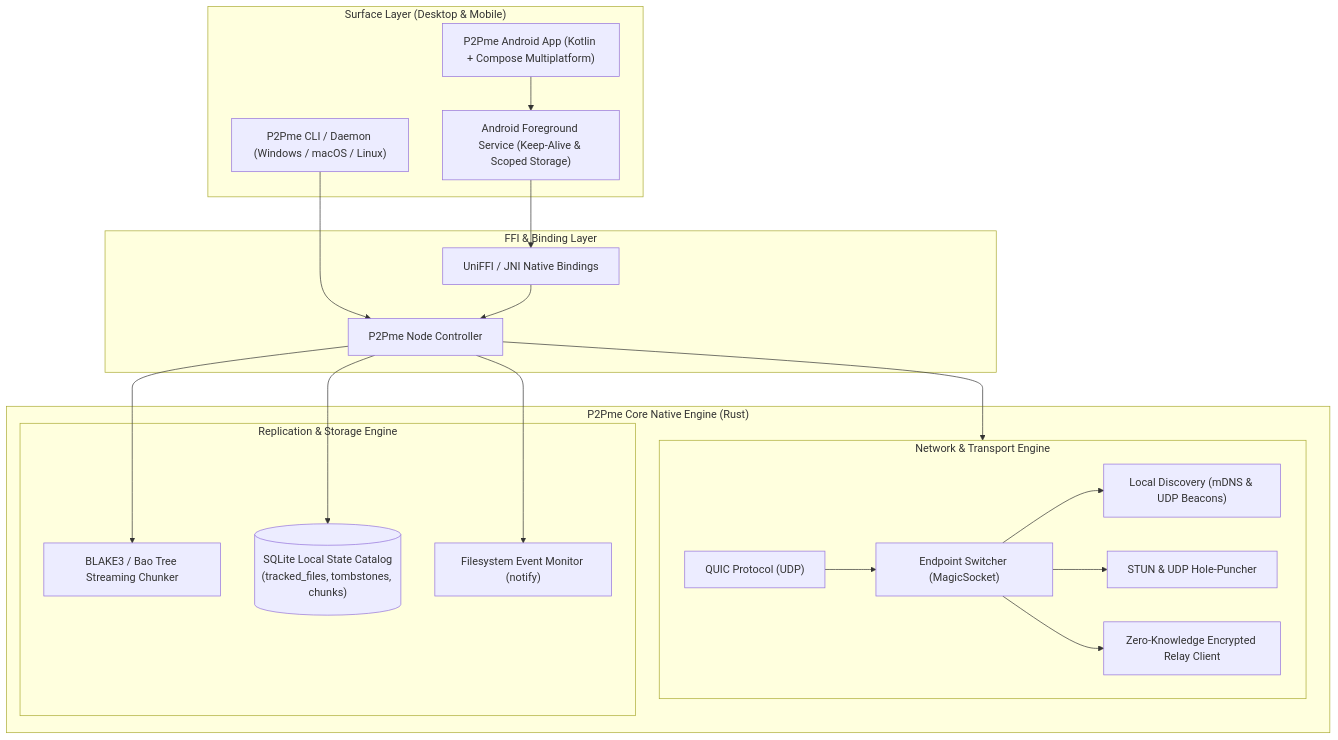
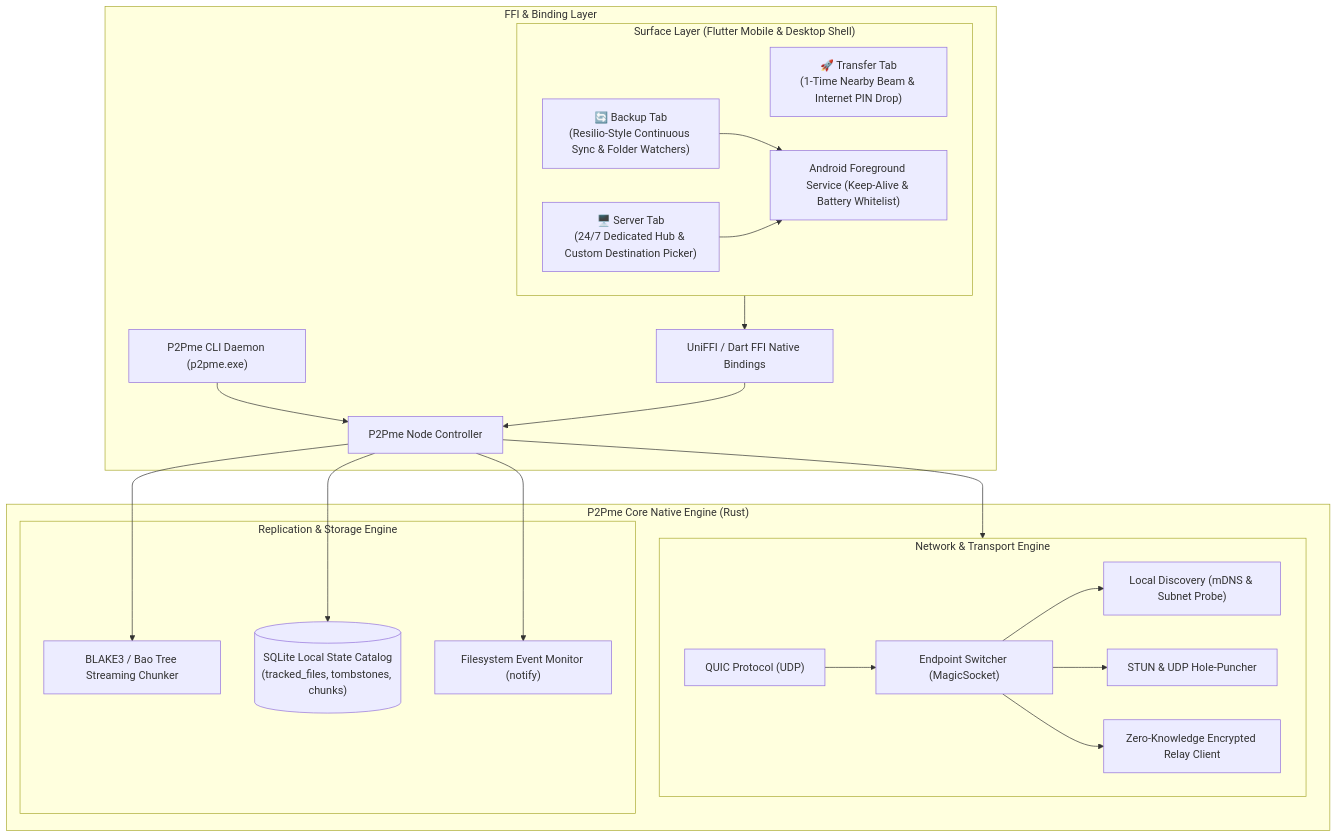
Before and after one commit to MizopaRalte/p2pme: the first of 2 diagrams in ARCHITECTURE.md, drawn with Mermaid. The commit also changed 7 other files, not shown here.

Commit message:
feat: Streamline UI into 3 tabs (Transfer, Backup, Server), add folder removal dialog and receiver destination picker

````diff
--- a/ARCHITECTURE.md
+++ b/ARCHITECTURE.md
@@ -11,45 +11,48 @@
 ```mermaid
 flowchart TD
-    subgraph UI_Layer ["Surface Layer (Desktop & Mobile)"]
-        CLI["P2Pme CLI / Daemon (Windows / macOS / Linux)"]
-        AndroidUI["P2Pme Android App (Kotlin + Compose Multiplatform)"]
-        FGS["Android Foreground Service (Keep-Alive & Scoped Storage)"]
-        AndroidUI --> FGS
+    subgraph UI_Layer ["Surface Layer (Flutter Mobile & Desktop Shell)"]
+        Tab1["🚀 Transfer Tab\n(1-Time Nearby Beam & Internet PIN Drop)"]
+        Tab2["🔄 Backup Tab\n(Resilio-Style Continuous Sync & Folder Watchers)"]
+        Tab3["🖥️ Server Tab\n(24/7 Dedicated Hub & Custom Destination Picker)"]
+        FGS["Android Foreground Service (Keep-Alive & Battery Whitelist)"]
+        Tab2 --> FGS
+        Tab3 --> FGS
     end
 
     subgraph FFI_Bridge ["FFI & Binding Layer"]
-        UniFFI["UniFFI / JNI Native Bindings"]
+        UniFFI["UniFFI / Dart FFI Native Bindings"]
+        CLI["P2Pme CLI Daemon (p2pme.exe)"]
+        UI_Layer --> UniFFI
         CLI --> Core
-        FGS --> UniFFI
         UniFFI --> Core
     end
 
     subgraph Core_Engine ["P2Pme Core Native Engine (Rust)"]
         Core["P2Pme Node Controller"]
         
         subgraph Net_Stack ["Network & Transport Engine"]
             QUIC["QUIC Protocol (UDP)"]
             MagicSock["Endpoint Switcher (MagicSocket)"]
-            mDNS["Local Discovery (mDNS & UDP Beacons)"]
+            mDNS["Local Discovery (mDNS & Subnet Probe)"]
             STUN["STUN & UDP Hole-Puncher"]
             DERP["Zero-Knowledge Encrypted Relay Client"]
             
             MagicSock --> mDNS
             MagicSock --> STUN
             MagicSock --> DERP
             QUIC --> MagicSock
         end
 
         subgraph Transfer_Engine ["Replication & Storage Engine"]
             Chunker["BLAKE3 / Bao Tree Streaming Chunker"]
             Catalog[("SQLite Local State Catalog\n(tracked_files, tombstones, chunks)")]
             Watcher["Filesystem Event Monitor (notify)"]
             
             Core --> Chunker
             Core --> Catalog
             Core --> Watcher
         end
 
         Core --> Net_Stack
     end
 ```
````
